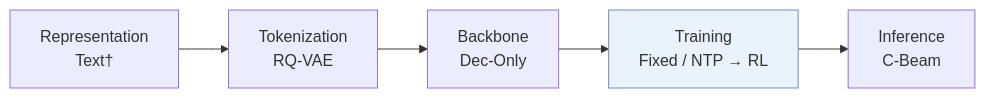
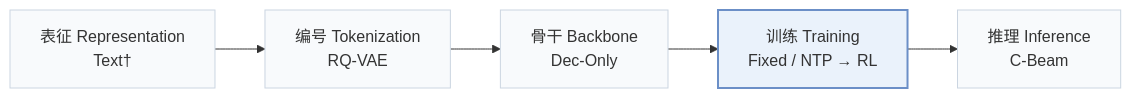
One commit to Galaxy-ghost/Awesome-SID-Generative-Rec changed the first of 4 diagrams in pages/zh/papers/v-star.md. Above: the diagram before and after it, drawn with Mermaid. The commit also changed other lines of this file and 649 other files, not shown here.

Commit message:
writer-05: also tags and modality index (schema, check, build, visuals); summary field removed; calibration data for 12 papers

````diff
--- a/pages/zh/papers/v-star.md
+++ b/pages/zh/papers/v-star.md
@@ -13,6 +15,8 @@
 ```mermaid
 flowchart LR
-    R["Representation<br/>Text†"] --> T["Tokenization<br/>RQ-VAE"] --> B["Backbone<br/>Dec-Only"] --> TR["Training<br/>Fixed / NTP → RL"] --> I["Inference<br/>C-Beam"]
-    classDef main fill:#eaf2fb,stroke:#6b8fc7
+    R["表征 Representation<br/>Text†"] --> T["编号 Tokenization<br/>RQ-VAE"] --> B["骨干 Backbone<br/>Dec-Only"] --> TR["训练 Training<br/>Fixed / NTP → RL"] --> I["推理 Inference<br/>C-Beam"]
+    classDef base fill:#f8fafc,stroke:#cbd5e1
+    class R,T,B,TR,I base
+    classDef main fill:#eaf2fb,stroke:#6b8fc7,stroke-width:2px
     class TR main
 ```
````
